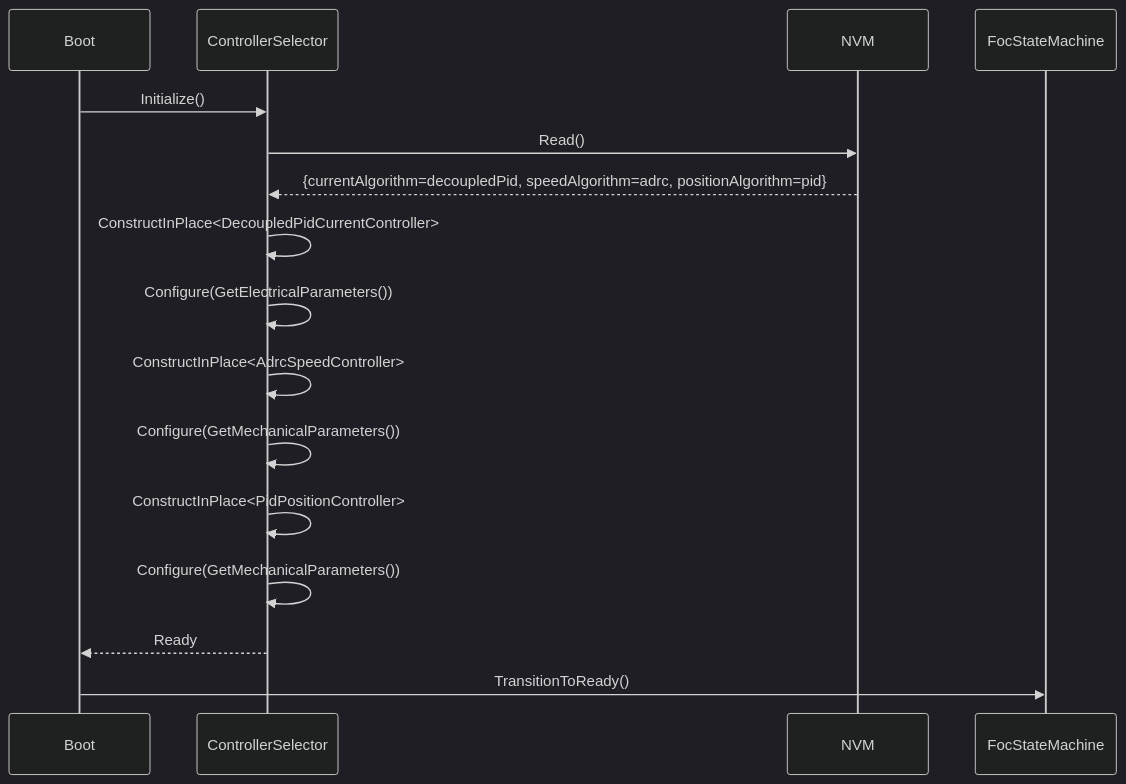
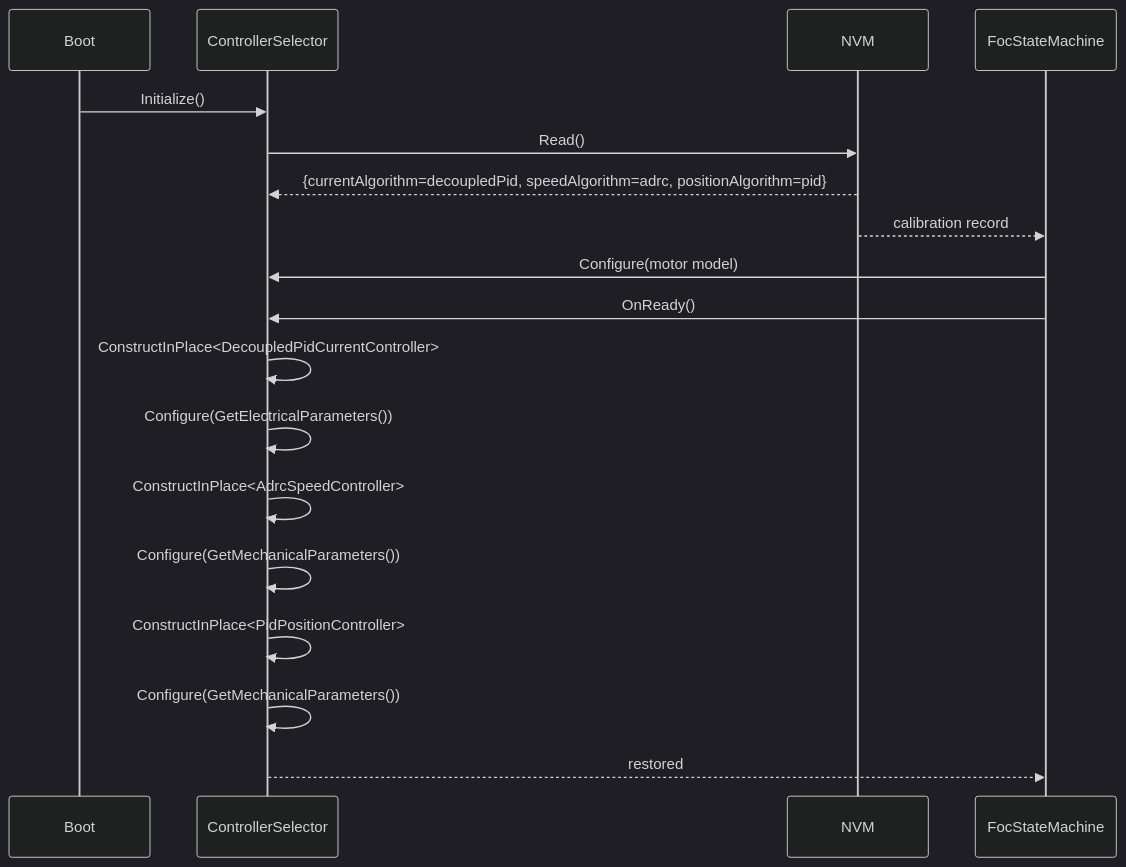
Before and after one commit to embedded-pro/e-foc: the eighth of 9 diagrams in documentation/design/controller-selection.md, drawn with Mermaid (dark theme). The commit also changed other lines of this file and 320 other files, not shown here.

````diff
--- a/documentation/design/controller-selection.md
+++ b/documentation/design/controller-selection.md
@@ -561,19 +550,21 @@
 ```mermaid
 sequenceDiagram
     participant Boot
     participant Selector as ControllerSelector
     participant NVM
     participant StateMachine as FocStateMachine
 
     Boot->>Selector: Initialize()
     Selector->>NVM: Read()
     NVM-->>Selector: {currentAlgorithm=decoupledPid, speedAlgorithm=adrc, positionAlgorithm=pid}
+    NVM-->>StateMachine: calibration record
+    StateMachine->>Selector: Configure(motor model)
+    StateMachine->>Selector: OnReady()
     Selector->>Selector: ConstructInPlace<DecoupledPidCurrentController>
     Selector->>Selector: Configure(GetElectricalParameters())
     Selector->>Selector: ConstructInPlace<AdrcSpeedController>
     Selector->>Selector: Configure(GetMechanicalParameters())
     Selector->>Selector: ConstructInPlace<PidPositionController>
     Selector->>Selector: Configure(GetMechanicalParameters())
-    Selector-->>Boot: Ready
-    Boot->>StateMachine: TransitionToReady()
+    Selector-->>StateMachine: restored
 ```
````
